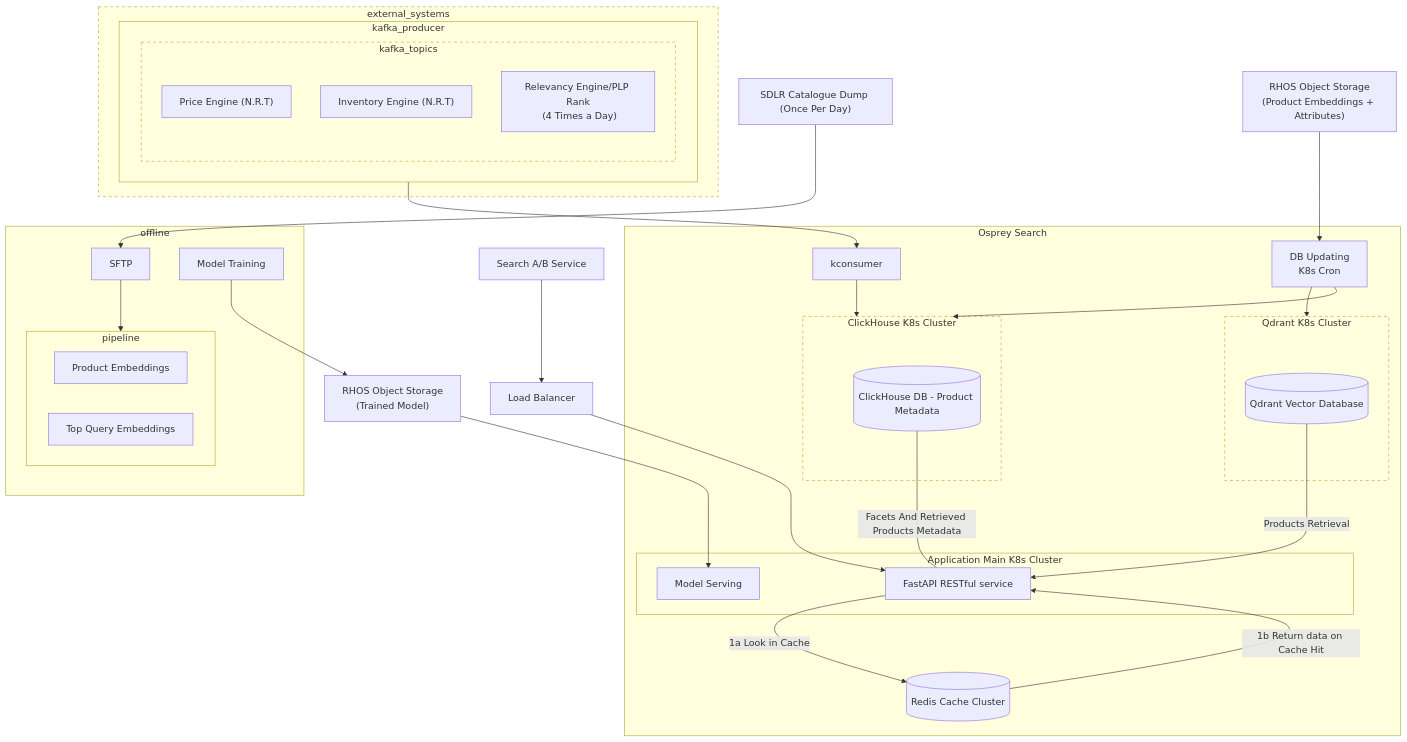
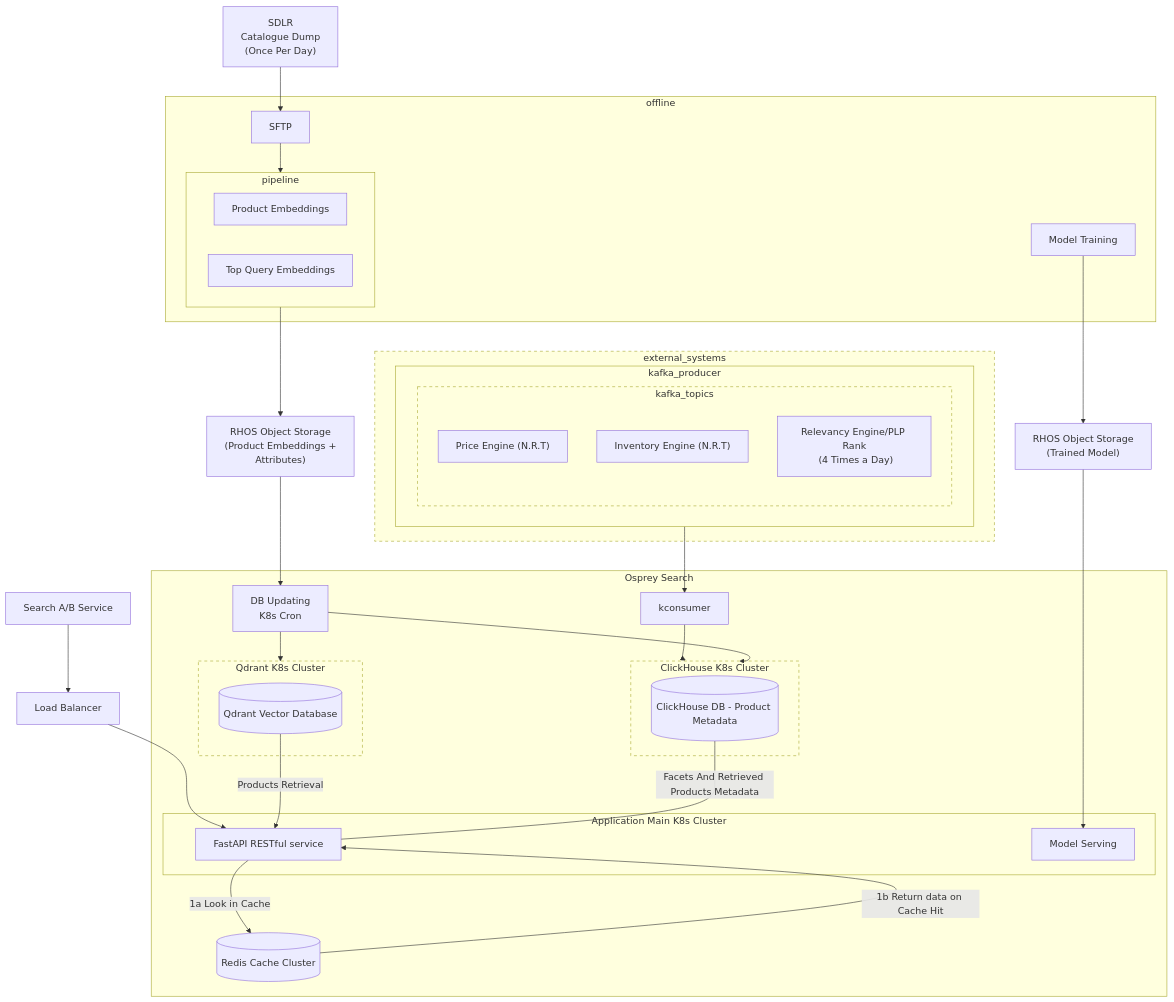
One commit to caiferris/qtact changed the diagram in osprey_search_ARCHITECTURE.md. Above: the diagram before and after it, drawn with Mermaid.

Commit message:
Updated osprey doc

````diff
--- a/osprey_search_ARCHITECTURE.md
+++ b/osprey_search_ARCHITECTURE.md
@@ -44,76 +44,80 @@
 ```mermaid
 graph 
   query["Search A/B Service"]
   load_balancer["Load Balancer"]
   api_server["FastAPI RESTful service"]
   model_serving["Model Serving"]
   redis[(Redis Cache Cluster)]
   qdrant_vdb[(Qdrant Vector Database)]
   clickhouse_cdb[(ClickHouse DB - Product Metadata)]
   external_systems["External Systems"]
   kafka_producer["Kafka Producer"]
   kafka_topics[Kafka Topics]
   kafka_topic1["Price Engine (N.R.T)"]
   kafka_topic2["Inventory Engine (N.R.T)"]
   kafka_topic3["Relevancy Engine/PLP Rank\n (4 Times a Day)"]
   offline[Offline Processing]
   pipeline[Pipeline to Generate]
   product_embedding[Product Embeddings]
   top_qembedding[Top Query Embeddings]
   sftp[SFTP]
   model_training[Model Training]
-  sdlr_cdump["SDLR Catalogue Dump (Once Per Day)"]
+  sdlr_cdump["`SDLR
+Catalogue Dump
+(Once Per Day)`"]
   rhos_obj_str_pea["`RHOS Object Storage
-(Product Embeddings + Attributes)`"]
+(Product Embeddings +
+Attributes)`"]
   rhos_obj_str_tm["`RHOS Object Storage
 (Trained Model)`"]
   cron["`DB Updating
 K8s Cron`"]
 
   query --> load_balancer --> api_server
 subgraph parent_subgraph["Osprey Search"]
   api_server -- 1a Look in Cache --> redis
   redis -- 1b Return data on Cache Hit --> api_server
   subgraph sub_graph_group1["Application Main K8s Cluster"]
     style sub_graph_group1 stroke: 5, 5
     api_server
     model_serving
   end
   subgraph qdrant_cluster["Qdrant K8s Cluster"]
     style qdrant_cluster stroke-dasharray: 5, 5
     qdrant_vdb -- Products Retrieval --> api_server
   end
   subgraph clickhouse_cluster["ClickHouse K8s Cluster"]
     style clickhouse_cluster stroke-dasharray: 5, 5
     clickhouse_cdb -- Facets And Retrieved Products Metadata --- api_server
   end
   kconsumer --> clickhouse_cluster
   cron --> qdrant_cluster
   cron --> clickhouse_cluster
 end
 subgraph external_systems
   style external_systems stroke-dasharray: 5, 5
   subgraph kafka_producer
     style kafka_producer stroke: 5, 5
     subgraph kafka_topics
       style kafka_topics stroke-dasharray: 5, 5
       kafka_topic1
       kafka_topic2
       kafka_topic3
     end
   end
 end
 kafka_producer --> kconsumer
 subgraph offline
   subgraph pipeline
     product_embedding
     top_qembedding
   end
   sftp --> pipeline
   model_training
 end
 sdlr_cdump --> sftp
+pipeline --> rhos_obj_str_pea
 rhos_obj_str_pea --> cron
 model_training --> rhos_obj_str_tm
 rhos_obj_str_tm --> model_serving
 ```
````
